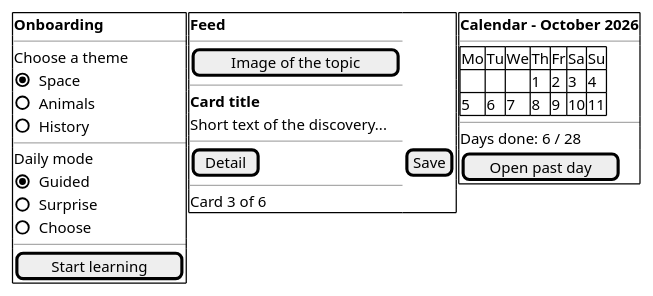
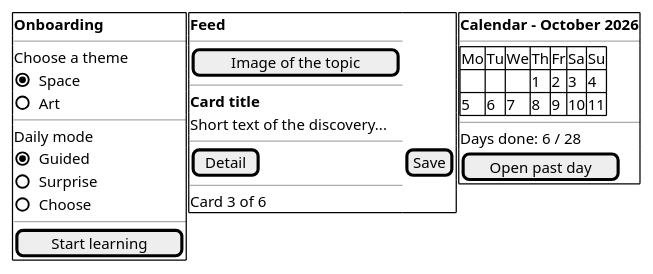
Before and after one commit to Alexia-Crisan/Curio: the third of 10 diagrams in docs/CURIO_requirements_and_diagrams.md, drawn with PlantUML. The commit also changed other lines of this file and 2 other files, not shown here.

Commit message:
docs: requirements, diagrams, acceptance matrix and demo script match the final app

````diff
--- a/docs/CURIO_requirements_and_diagrams.md
+++ b/docs/CURIO_requirements_and_diagrams.md
@@ -103,43 +110,42 @@
 ```plantuml
 @startsalt
 {
   {+
     <b>Onboarding
     ----
     Choose a theme
     (X) Space
-    () Animals
-    () History
+    () Art
     ----
     Daily mode
     (X) Guided
     () Surprise
     () Choose
     ----
     [ Start learning ]
   } | {+
     <b>Feed
     ----
     [ Image of the topic ]
     ----
     <b>Card title
     Short text of the discovery...
     ----
     [Detail] | [Save]
     ----
     Card 3 of 6
   } | {+
     <b>Calendar - October 2026
     ----
     {#
       Mo | Tu | We | Th | Fr | Sa | Su
       . | . | . | 1 | 2 | 3 | 4
       5 | 6 | 7 | 8 | 9 | 10 | 11
     }
     ----
     Days done: 6 / 28
     [ Open past day ]
   }
 }
 @endsalt
 ```
````
